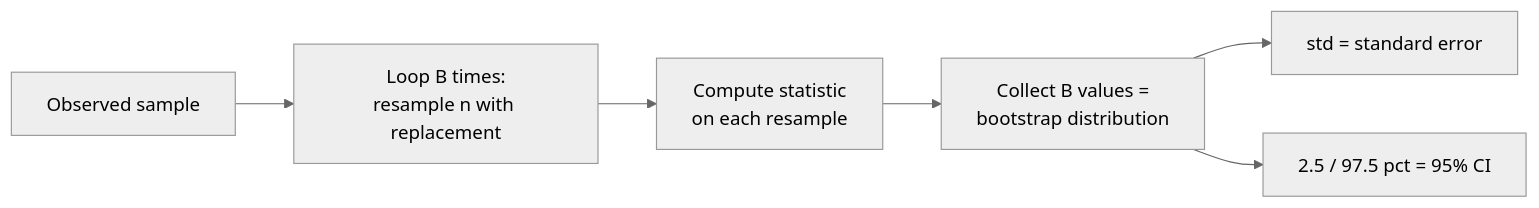
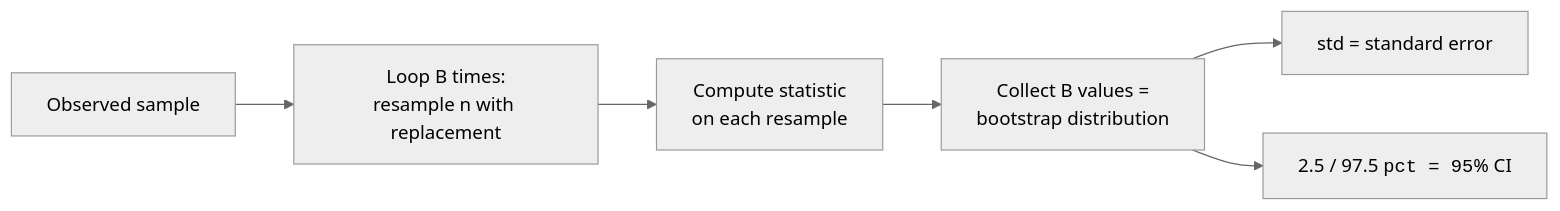
Before and after one commit to dataslope/dataslope: the second of 3 diagrams in content/learn/statistics-for-data-science-python/the-bootstrap.mdx, drawn with Mermaid (neutral theme). The commit also changed 100 other files, not shown here.

First line of the commit message:
Wrap more code in diagram labels: filenames, hex, assignments, subgraph titles

````diff
--- a/content/learn/statistics-for-data-science-python/the-bootstrap.mdx
+++ b/content/learn/statistics-for-data-science-python/the-bootstrap.mdx
@@ -84,8 +84,8 @@
 ```mermaid
 flowchart LR
   A["Observed sample"] --> B["Loop B times:<br/>resample n with replacement"]
   B --> C["Compute statistic<br/>on each resample"]
   C --> D["Collect B values =<br/>bootstrap distribution"]
   D --> E1["std = standard error"]
-  D --> E2["2.5 / 97.5 pct = 95% CI"]
+  D --> E2["2.5 / 97.5 <code>pct = 95</code>% CI"]
 ```
````
